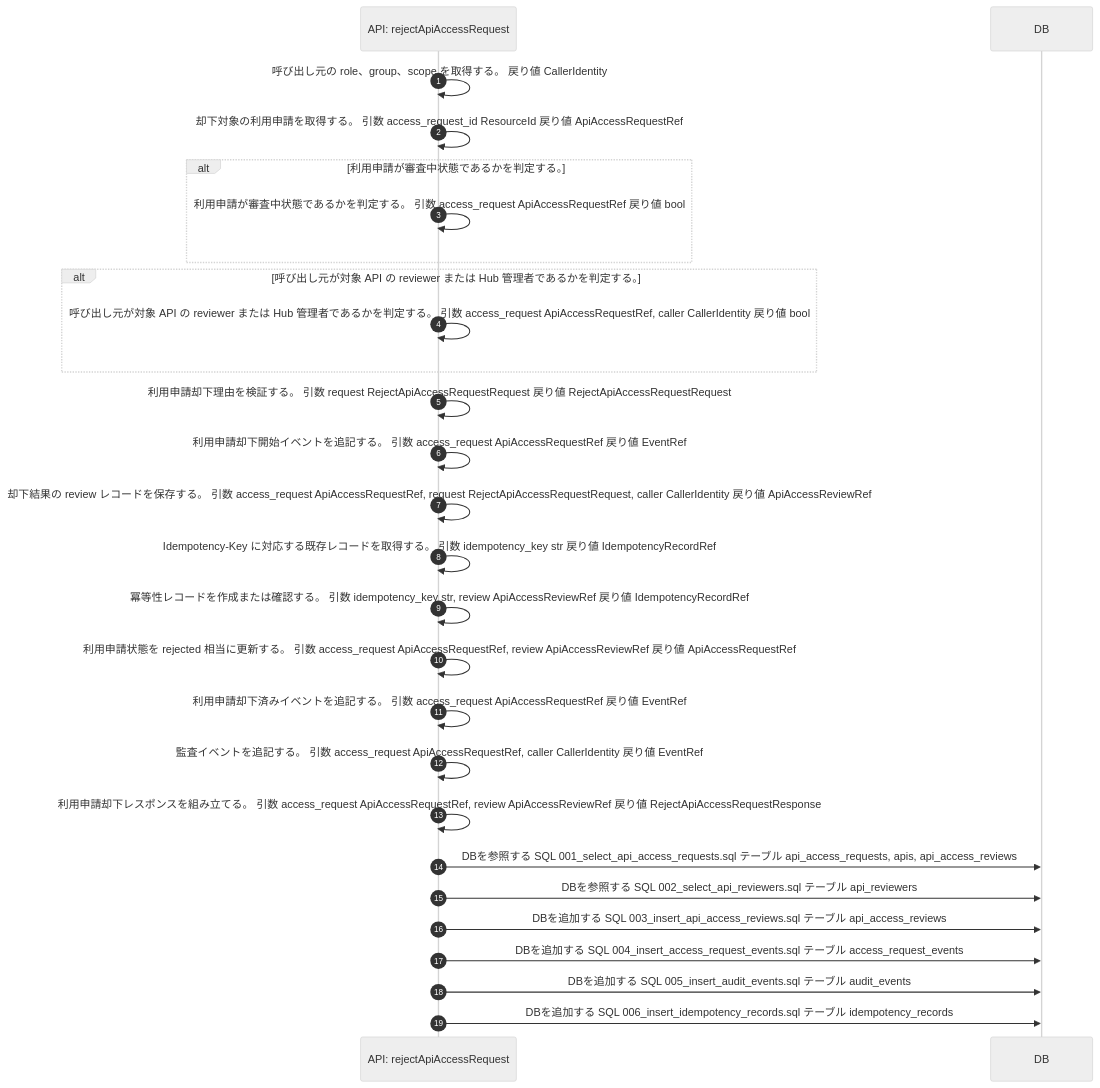
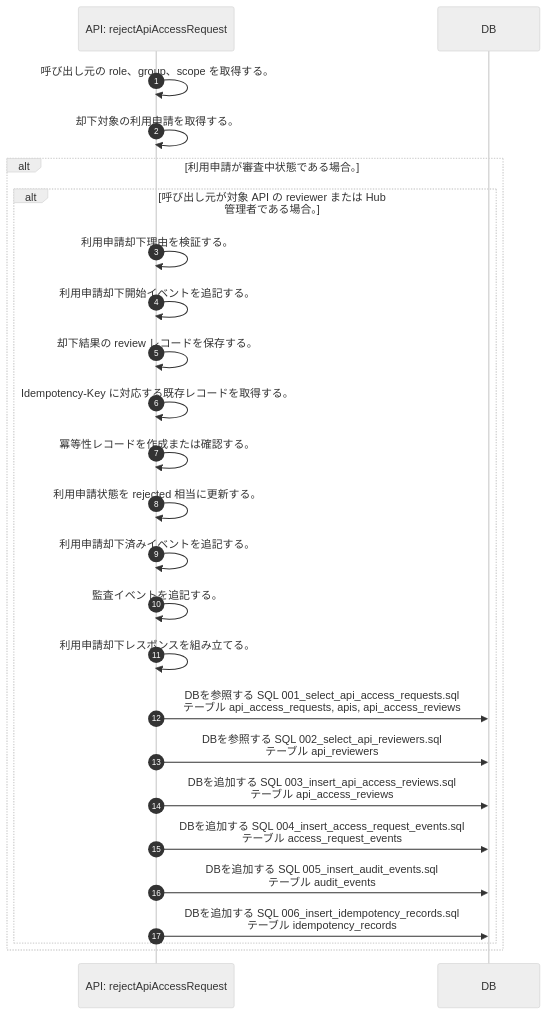
The diagram in docs/spec/40.apis/api_access_requests/reject_api_access_request/sequence_gen.md (tsuji-tomonori/lazunex), drawn with Mermaid (neutral theme) before and after one commit. The commit also changed 16 other files, not shown here.

First line of the commit message:
🐛 fix(api): sequence条件分岐の表示を修正

````diff
--- a/docs/spec/40.apis/api_access_requests/reject_api_access_request/sequence_gen.md
+++ b/docs/spec/40.apis/api_access_requests/reject_api_access_request/sequence_gen.md
@@ -5,29 +5,27 @@
 ```mermaid
 sequenceDiagram
   autonumber
   participant API as API: rejectApiAccessRequest
   participant DB as DB
-  API->>API: 呼び出し元の role、group、scope を取得する。 戻り値 CallerIdentity
-  API->>API: 却下対象の利用申請を取得する。 引数 access_request_id ResourceId 戻り値 ApiAccessRequestRef
-  alt 利用申請が審査中状態であるかを判定する。
-    API->>API: 利用申請が審査中状態であるかを判定する。 引数 access_request ApiAccessRequestRef 戻り値 bool
+  API->>API: 呼び出し元の role、group、scope を取得する。
+  API->>API: 却下対象の利用申請を取得する。
+  alt 利用申請が審査中状態である場合。
+    alt 呼び出し元が対象 API の reviewer または Hub 管理者である場合。
+      API->>API: 利用申請却下理由を検証する。
+      API->>API: 利用申請却下開始イベントを追記する。
+      API->>API: 却下結果の review レコードを保存する。
+      API->>API: Idempotency-Key に対応する既存レコードを取得する。
+      API->>API: 冪等性レコードを作成または確認する。
+      API->>API: 利用申請状態を rejected 相当に更新する。
+      API->>API: 利用申請却下済みイベントを追記する。
+      API->>API: 監査イベントを追記する。
+      API->>API: 利用申請却下レスポンスを組み立てる。
+      API->>DB: DBを参照する SQL 001_select_api_access_requests.sql<br/>テーブル api_access_requests, apis, api_access_reviews
+      API->>DB: DBを参照する SQL 002_select_api_reviewers.sql<br/>テーブル api_reviewers
+      API->>DB: DBを追加する SQL 003_insert_api_access_reviews.sql<br/>テーブル api_access_reviews
+      API->>DB: DBを追加する SQL 004_insert_access_request_events.sql<br/>テーブル access_request_events
+      API->>DB: DBを追加する SQL 005_insert_audit_events.sql<br/>テーブル audit_events
+      API->>DB: DBを追加する SQL 006_insert_idempotency_records.sql<br/>テーブル idempotency_records
+    end
   end
-  alt 呼び出し元が対象 API の reviewer または Hub 管理者であるかを判定する。
-    API->>API: 呼び出し元が対象 API の reviewer または Hub 管理者であるかを判定する。 引数 access_request ApiAccessRequestRef, caller CallerIdentity 戻り値 bool
-  end
-  API->>API: 利用申請却下理由を検証する。 引数 request RejectApiAccessRequestRequest 戻り値 RejectApiAccessRequestRequest
-  API->>API: 利用申請却下開始イベントを追記する。 引数 access_request ApiAccessRequestRef 戻り値 EventRef
-  API->>API: 却下結果の review レコードを保存する。 引数 access_request ApiAccessRequestRef, request RejectApiAccessRequestRequest, caller CallerIdentity 戻り値 ApiAccessReviewRef
-  API->>API: Idempotency-Key に対応する既存レコードを取得する。 引数 idempotency_key str 戻り値 IdempotencyRecordRef
-  API->>API: 冪等性レコードを作成または確認する。 引数 idempotency_key str, review ApiAccessReviewRef 戻り値 IdempotencyRecordRef
-  API->>API: 利用申請状態を rejected 相当に更新する。 引数 access_request ApiAccessRequestRef, review ApiAccessReviewRef 戻り値 ApiAccessRequestRef
-  API->>API: 利用申請却下済みイベントを追記する。 引数 access_request ApiAccessRequestRef 戻り値 EventRef
-  API->>API: 監査イベントを追記する。 引数 access_request ApiAccessRequestRef, caller CallerIdentity 戻り値 EventRef
-  API->>API: 利用申請却下レスポンスを組み立てる。 引数 access_request ApiAccessRequestRef, review ApiAccessReviewRef 戻り値 RejectApiAccessRequestResponse
-  API->>DB: DBを参照する SQL 001_select_api_access_requests.sql テーブル api_access_requests, apis, api_access_reviews
-  API->>DB: DBを参照する SQL 002_select_api_reviewers.sql テーブル api_reviewers
-  API->>DB: DBを追加する SQL 003_insert_api_access_reviews.sql テーブル api_access_reviews
-  API->>DB: DBを追加する SQL 004_insert_access_request_events.sql テーブル access_request_events
-  API->>DB: DBを追加する SQL 005_insert_audit_events.sql テーブル audit_events
-  API->>DB: DBを追加する SQL 006_insert_idempotency_records.sql テーブル idempotency_records
 ```
````
